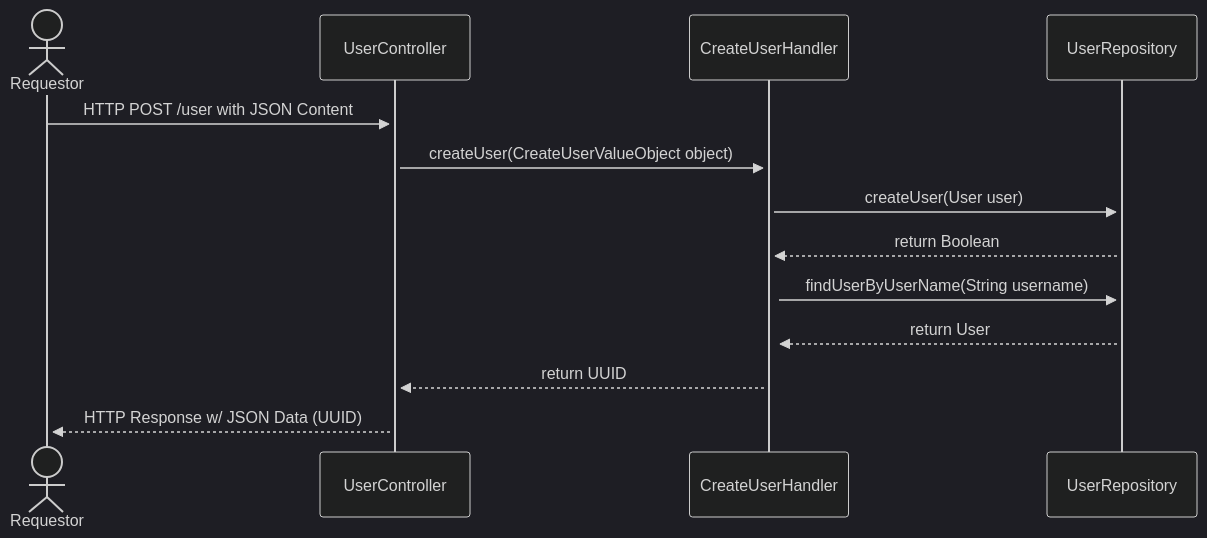
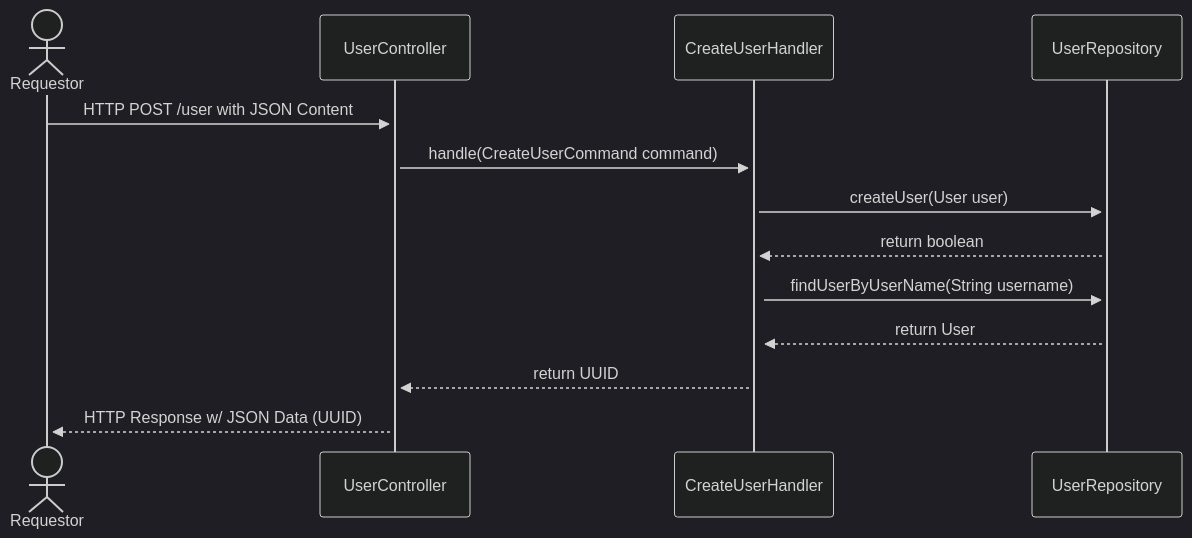
The second of 7 diagrams in docs/pages/design/sequenceDiagrams.md (patrickSlaine/Java-Cloud-Storage), drawn with Mermaid (dark theme) before and after one commit. The commit also changed other lines of this file, not shown here.

Commit message:
Sequence Diagrams

````diff
--- a/docs/pages/design/sequenceDiagrams.md
+++ b/docs/pages/design/sequenceDiagrams.md
@@ -23,12 +23,12 @@
 ```mermaid
 sequenceDiagram
     actor Requestor
     Requestor ->>+ UserController: HTTP POST /user with JSON Content
-    UserController ->>+ CreateUserHandler: createUser(CreateUserValueObject object)
+    UserController ->>+ CreateUserHandler: handle(CreateUserCommand command)
     CreateUserHandler ->>+ UserRepository: createUser(User user)
-    UserRepository -->>+ CreateUserHandler: return Boolean
+    UserRepository -->>+ CreateUserHandler: return boolean
     CreateUserHandler ->>+ UserRepository: findUserByUserName(String username)
     UserRepository -->>+ CreateUserHandler: return User
     CreateUserHandler -->>+ UserController: return UUID
     UserController -->>+ Requestor: HTTP Response w/ JSON Data (UUID)
 ```
````
